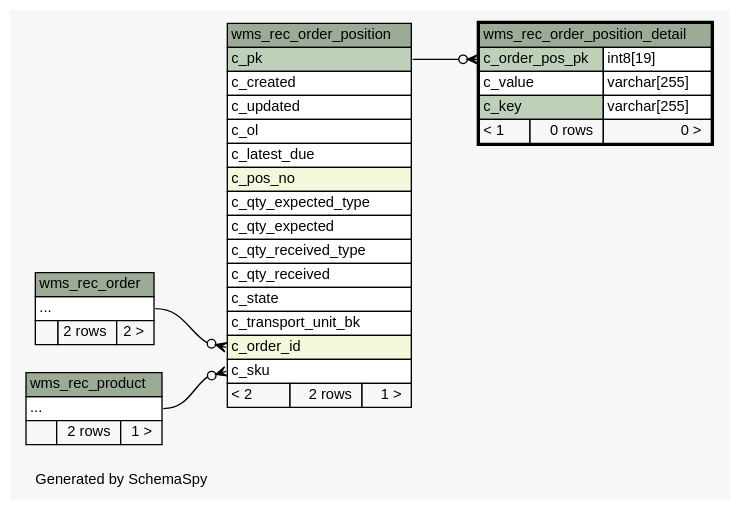
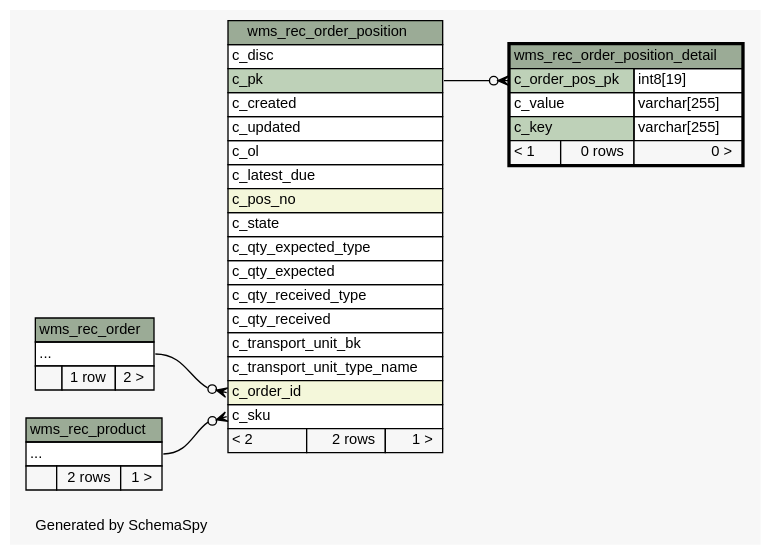
One commit to openwms/org.openwms.wms.receiving.lib changed the diagram in 1.0.0-SNAPSHOT/schemaspy/diagrams/wms_rec_order_position_detail.2degrees.dot. Above: the diagram before and after it, drawn with Graphviz. The commit also changed 336 other files, not shown here.

```diff
--- a/1.0.0-SNAPSHOT/schemaspy/diagrams/wms_rec_order_position_detail.2degrees.dot
+++ b/1.0.0-SNAPSHOT/schemaspy/diagrams/wms_rec_order_position_detail.2degrees.dot
@@ -1,80 +1,82 @@
-// dot 2.43.0 on Linux 5.8.0-1040-azure
+// dot 2.43.0 on Linux 5.8.0-1041-azure
 // SchemaSpy rev Unknown
 digraph "twoDegreesRelationshipsDiagram" {
   graph [
     rankdir="RL"
     bgcolor="#f7f7f7"
     label="\nGenerated by SchemaSpy"
     labeljust="l"
     nodesep="0.18"
     ranksep="0.46"
     fontname="Helvetica"
     fontsize="11"
   ];
   node [
     fontname="Helvetica"
     fontsize="11"
     shape="plaintext"
   ];
   edge [
     arrowsize="0.8"
   ];
   "wms_rec_order_position":"c_order_id":w -> "wms_rec_order":"elipses":e [arrowhead=none dir=back arrowtail=crowodot];
   "wms_rec_order_position":"c_sku":w -> "wms_rec_product":"elipses":e [arrowhead=none dir=back arrowtail=crowodot];
   "wms_rec_order_position_detail":"c_order_pos_pk":w -> "wms_rec_order_position":"c_pk":e [arrowhead=none dir=back arrowtail=crowodot];
   "wms_rec_order" [
     label=<
     <TABLE BORDER="0" CELLBORDER="1" CELLSPACING="0" BGCOLOR="#ffffff">
       <TR><TD COLSPAN="3" BGCOLOR="#9bab96" ALIGN="CENTER">wms_rec_order</TD></TR>
       <TR><TD PORT="elipses" COLSPAN="3" ALIGN="LEFT">...</TD></TR>
-      <TR><TD ALIGN="LEFT" BGCOLOR="#f7f7f7">  </TD><TD ALIGN="RIGHT" BGCOLOR="#f7f7f7">2 rows</TD><TD ALIGN="RIGHT" BGCOLOR="#f7f7f7">2 &gt;</TD></TR>
+      <TR><TD ALIGN="LEFT" BGCOLOR="#f7f7f7">  </TD><TD ALIGN="RIGHT" BGCOLOR="#f7f7f7">1 row</TD><TD ALIGN="RIGHT" BGCOLOR="#f7f7f7">2 &gt;</TD></TR>
     </TABLE>>
     URL="wms_rec_order.html"
     tooltip="wms_rec_order"
   ];
   "wms_rec_order_position" [
     label=<
     <TABLE BORDER="0" CELLBORDER="1" CELLSPACING="0" BGCOLOR="#ffffff">
       <TR><TD COLSPAN="3" BGCOLOR="#9bab96" ALIGN="CENTER">wms_rec_order_position</TD></TR>
+      <TR><TD PORT="c_disc" COLSPAN="3" ALIGN="LEFT">c_disc</TD></TR>
       <TR><TD PORT="c_pk" COLSPAN="3" BGCOLOR="#bed1b8" ALIGN="LEFT">c_pk</TD></TR>
       <TR><TD PORT="c_created" COLSPAN="3" ALIGN="LEFT">c_created</TD></TR>
       <TR><TD PORT="c_updated" COLSPAN="3" ALIGN="LEFT">c_updated</TD></TR>
       <TR><TD PORT="c_ol" COLSPAN="3" ALIGN="LEFT">c_ol</TD></TR>
       <TR><TD PORT="c_latest_due" COLSPAN="3" ALIGN="LEFT">c_latest_due</TD></TR>
       <TR><TD PORT="c_pos_no" COLSPAN="3" BGCOLOR="#f4f7da" ALIGN="LEFT">c_pos_no</TD></TR>
+      <TR><TD PORT="c_state" COLSPAN="3" ALIGN="LEFT">c_state</TD></TR>
       <TR><TD PORT="c_qty_expected_type" COLSPAN="3" ALIGN="LEFT">c_qty_expected_type</TD></TR>
       <TR><TD PORT="c_qty_expected" COLSPAN="3" ALIGN="LEFT">c_qty_expected</TD></TR>
       <TR><TD PORT="c_qty_received_type" COLSPAN="3" ALIGN="LEFT">c_qty_received_type</TD></TR>
       <TR><TD PORT="c_qty_received" COLSPAN="3" ALIGN="LEFT">c_qty_received</TD></TR>
-      <TR><TD PORT="c_state" COLSPAN="3" ALIGN="LEFT">c_state</TD></TR>
       <TR><TD PORT="c_transport_unit_bk" COLSPAN="3" ALIGN="LEFT">c_transport_unit_bk</TD></TR>
+      <TR><TD PORT="c_transport_unit_type_name" COLSPAN="3" ALIGN="LEFT">c_transport_unit_type_name</TD></TR>
       <TR><TD PORT="c_order_id" COLSPAN="3" BGCOLOR="#f4f7da" ALIGN="LEFT">c_order_id</TD></TR>
       <TR><TD PORT="c_sku" COLSPAN="3" ALIGN="LEFT">c_sku</TD></TR>
       <TR><TD ALIGN="LEFT" BGCOLOR="#f7f7f7">&lt; 2</TD><TD ALIGN="RIGHT" BGCOLOR="#f7f7f7">2 rows</TD><TD ALIGN="RIGHT" BGCOLOR="#f7f7f7">1 &gt;</TD></TR>
     </TABLE>>
     URL="wms_rec_order_position.html"
     tooltip="wms_rec_order_position"
   ];
   "wms_rec_order_position_detail" [
     label=<
     <TABLE BORDER="2" CELLBORDER="1" CELLSPACING="0" BGCOLOR="#ffffff">
       <TR><TD COLSPAN="3" BGCOLOR="#9bab96" ALIGN="CENTER">wms_rec_order_position_detail</TD></TR>
       <TR><TD PORT="c_order_pos_pk" COLSPAN="2" BGCOLOR="#bed1b8" ALIGN="LEFT">c_order_pos_pk</TD><TD PORT="c_order_pos_pk.type" ALIGN="LEFT">int8[19]</TD></TR>
       <TR><TD PORT="c_value" COLSPAN="2" ALIGN="LEFT">c_value</TD><TD PORT="c_value.type" ALIGN="LEFT">varchar[255]</TD></TR>
       <TR><TD PORT="c_key" COLSPAN="2" BGCOLOR="#bed1b8" ALIGN="LEFT">c_key</TD><TD PORT="c_key.type" ALIGN="LEFT">varchar[255]</TD></TR>
       <TR><TD ALIGN="LEFT" BGCOLOR="#f7f7f7">&lt; 1</TD><TD ALIGN="RIGHT" BGCOLOR="#f7f7f7">0 rows</TD><TD ALIGN="RIGHT" BGCOLOR="#f7f7f7">0 &gt;</TD></TR>
     </TABLE>>
     URL="wms_rec_order_position_detail.html"
     tooltip="wms_rec_order_position_detail"
   ];
   "wms_rec_product" [
     label=<
     <TABLE BORDER="0" CELLBORDER="1" CELLSPACING="0" BGCOLOR="#ffffff">
       <TR><TD COLSPAN="3" BGCOLOR="#9bab96" ALIGN="CENTER">wms_rec_product</TD></TR>
       <TR><TD PORT="elipses" COLSPAN="3" ALIGN="LEFT">...</TD></TR>
       <TR><TD ALIGN="LEFT" BGCOLOR="#f7f7f7">  </TD><TD ALIGN="RIGHT" BGCOLOR="#f7f7f7">2 rows</TD><TD ALIGN="RIGHT" BGCOLOR="#f7f7f7">1 &gt;</TD></TR>
     </TABLE>>
     URL="wms_rec_product.html"
     tooltip="wms_rec_product"
   ];
 }
```
